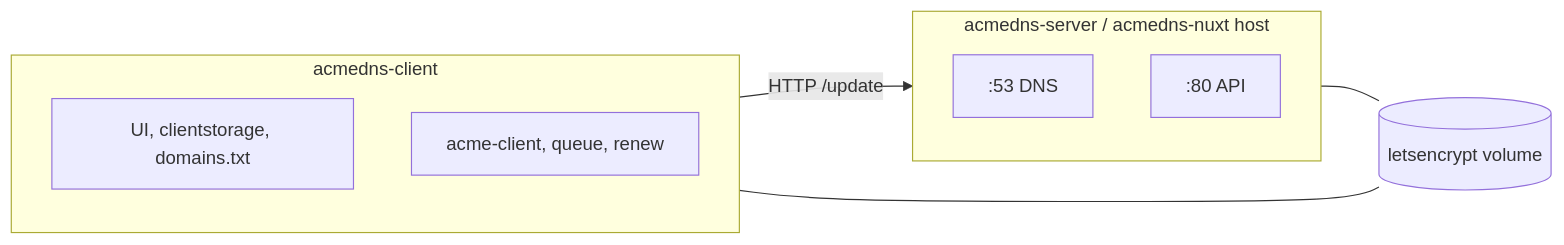
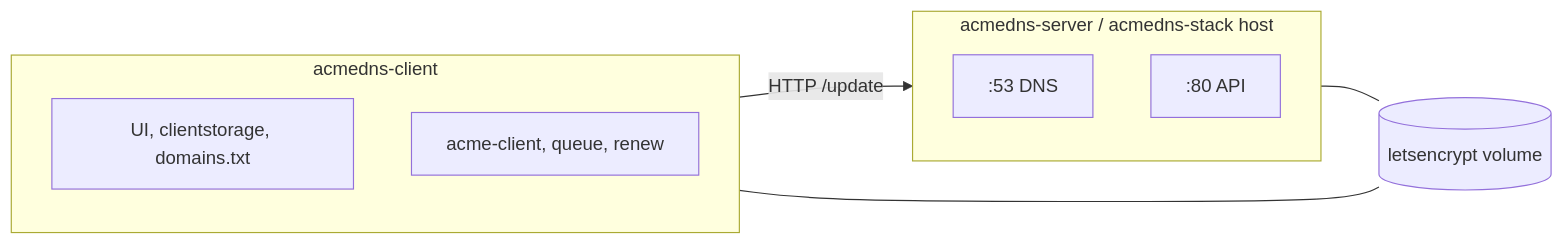
The second of 3 diagrams in blog/from-two-services-to-one.md (HariantoAtWork/dns01-proxy), drawn with Mermaid before and after one commit. The commit also changed other lines of this file and 27 other files, not shown here.

Commit message:
string replace `amcedns-nuxt` to `acmedns-stack` what could go wrong?

````diff
--- a/blog/from-two-services-to-one.md
+++ b/blog/from-two-services-to-one.md
@@ -136,20 +136,20 @@
 ```mermaid
 flowchart LR
-  subgraph server["acmedns-server / acmedns-nuxt host"]
+  subgraph server["acmedns-server / acmedns-stack host"]
     direction TB
     dns[":53 DNS"]
     api[":80 API"]
   end
 
   subgraph client["acmedns-client"]
     direction TB
     ui["UI, clientstorage, domains.txt"]
     acme["acme-client, queue, renew"]
   end
 
   vol[(letsencrypt volume)]
 
   client -->|HTTP /update| server
   server --- vol
   client --- vol
 ```
````
